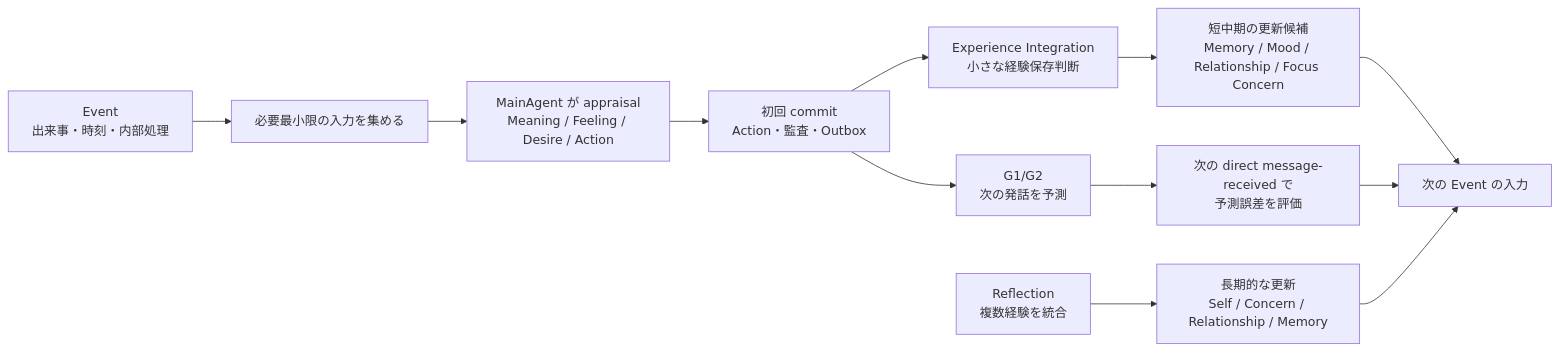
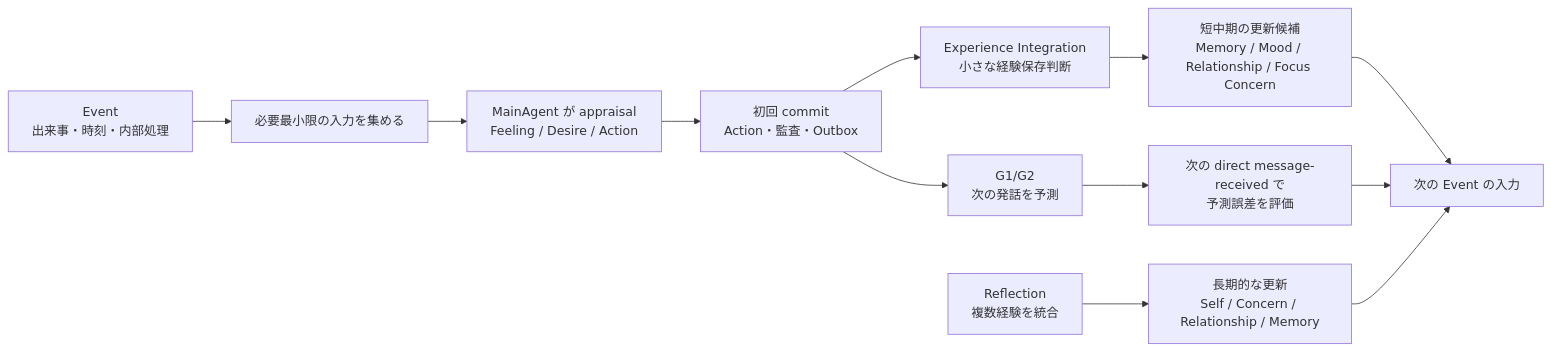
One commit to if001/social_agent changed the first of 6 diagrams in docs/AGENT_EVENT_AND_EXPERIENCE_OVERVIEW.md. Above: the diagram before and after it, drawn with Mermaid. The commit also changed other lines of this file and 27 other files, not shown here.

Commit message:
refactor: simplify agent core action output (#102)

````diff
--- a/docs/AGENT_EVENT_AND_EXPERIENCE_OVERVIEW.md
+++ b/docs/AGENT_EVENT_AND_EXPERIENCE_OVERVIEW.md
@@ -9,14 +9,14 @@
 ```mermaid
 flowchart LR
     E[Event<br/>出来事・時刻・内部処理] --> I[必要最小限の入力を集める]
-    I --> A[MainAgent が appraisal<br/>Meaning / Feeling / Desire / Action]
+    I --> A[MainAgent が appraisal<br/>Feeling / Desire / Action]
     A --> C[初回 commit<br/>Action・監査・Outbox]
     C --> X[Experience Integration<br/>小さな経験保存判断]
     X --> S[短中期の更新候補<br/>Memory / Mood / Relationship / Focus Concern]
     C --> P[G1/G2<br/>次の発話を予測]
     P --> PE[次の direct message-received で<br/>予測誤差を評価]
     S --> N[次の Event の入力]
     PE --> N
     R[Reflection<br/>複数経験を統合] --> L[長期的な更新<br/>Self / Concern / Relationship / Memory]
     L --> N
 ```
````
